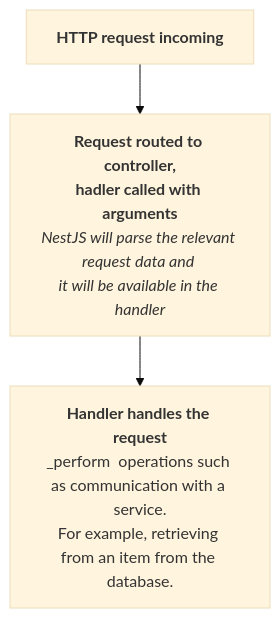
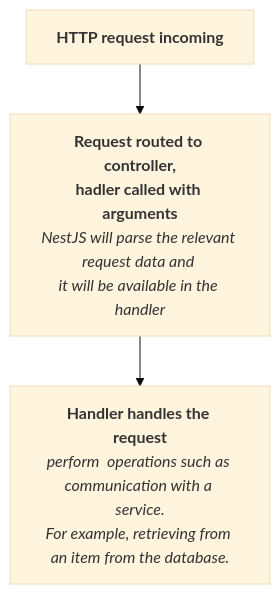
The diagram in nestjs/NestJs.MD (albin-joseph/myjslearnings), drawn with Mermaid (base theme) before and after one commit.

Commit message:
add flowdiagram

````diff
--- a/nestjs/NestJs.MD
+++ b/nestjs/NestJs.MD
@@ -122,15 +122,15 @@
     ```mermaid
         flowchart TD;
             step1["`**HTTP request incoming**`"]
             step2["`**Request routed to controller,
             hadler called with arguments**
             _NestJS will parse the relevant request data and 
             it will be available in the handler_
             `"]
             step1 --> step2
             step3["`**Handler handles the request**
             _perform  operations such as communication with a service.
-            For example, retrieving from an item from the database.
+            For example, retrieving from an item from the database._
             `"]
             step2 --> step3
     ```
````
